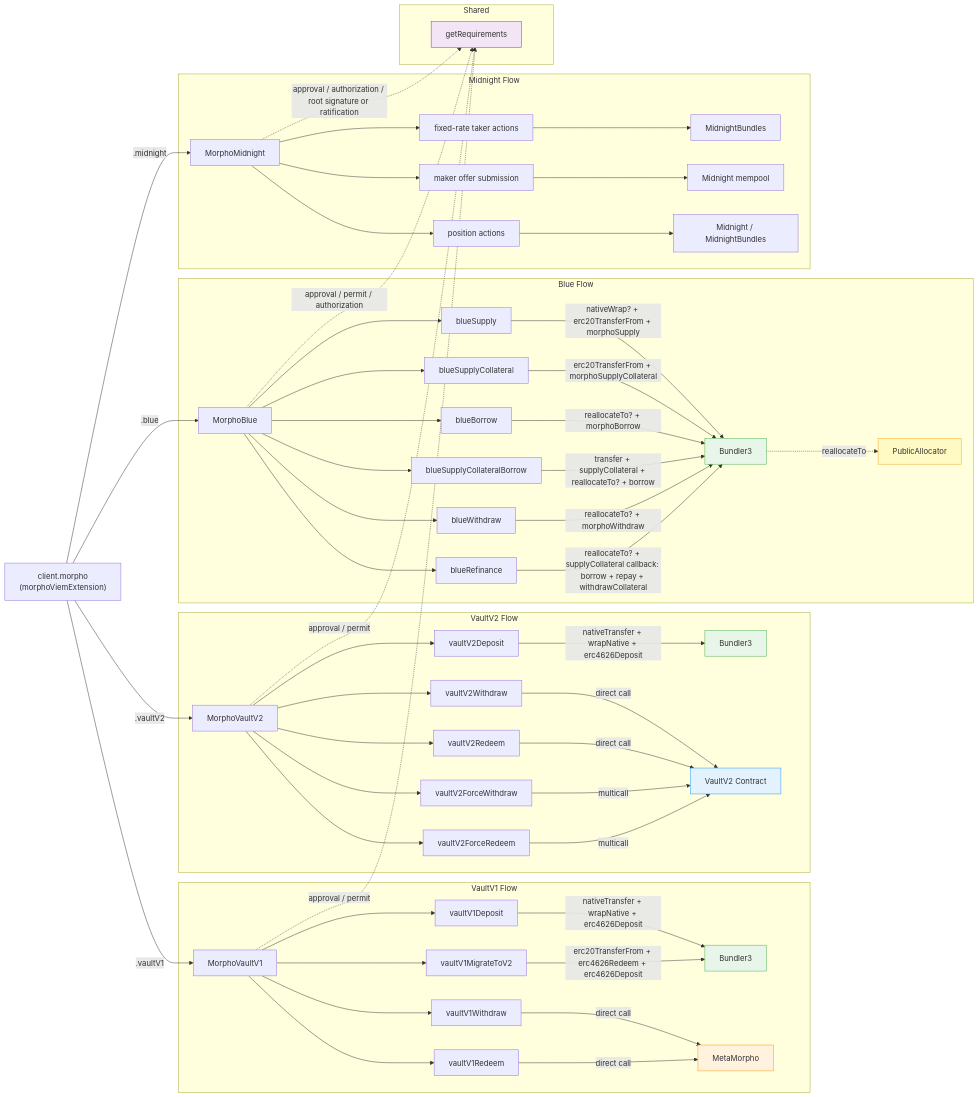
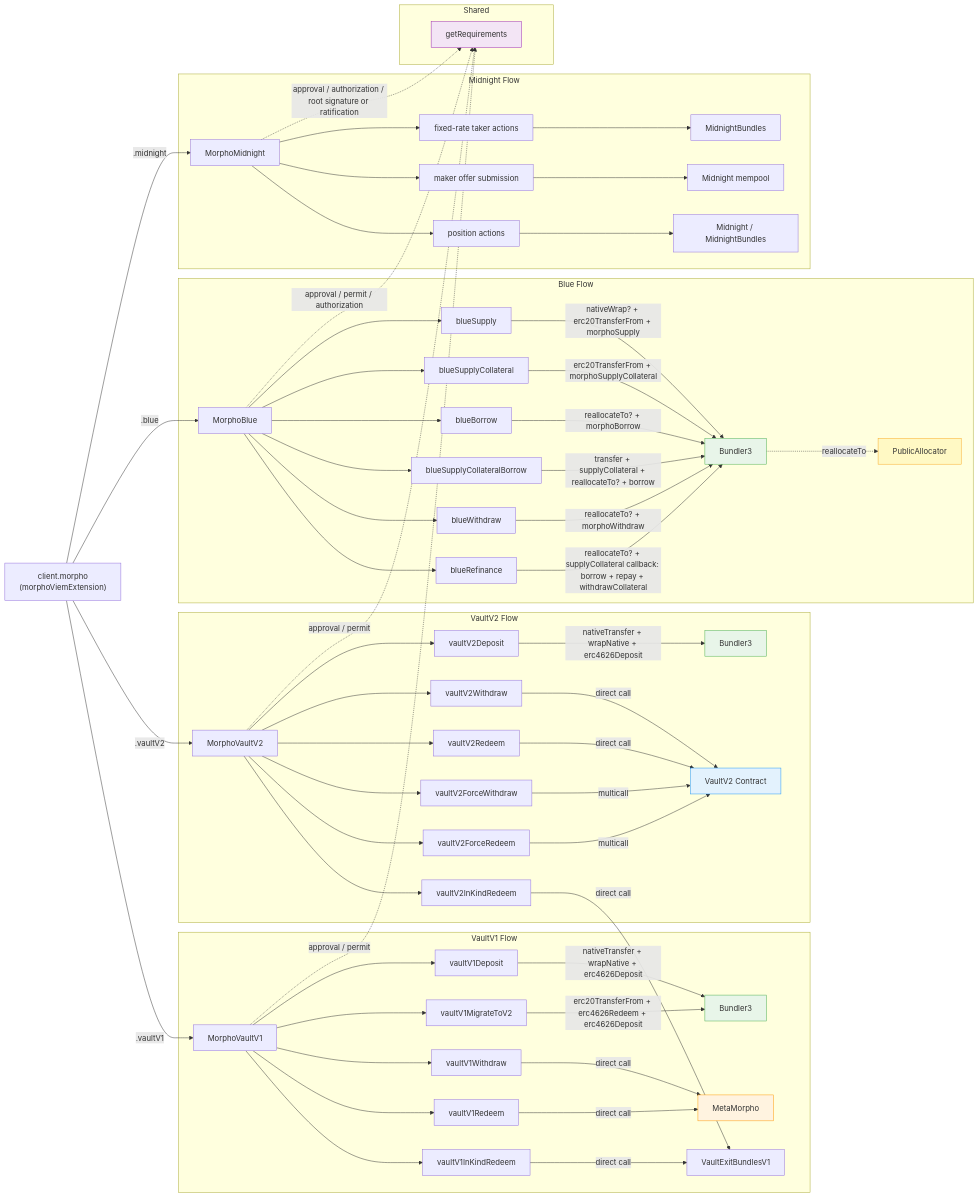
One commit to morpho-org/sdks changed the diagram in packages/morpho-sdk/README.md. Above: the diagram before and after it, drawn with Mermaid. The commit also changed other lines of this file and 29 other files, not shown here.

Commit message:
feat(morpho-sdk): add vault in-kind redemption

```diff
--- a/packages/morpho-sdk/README.md
+++ b/packages/morpho-sdk/README.md
@@ -186,11 +188,13 @@
         MV1 --> V1D[vaultV1Deposit]
         MV1 --> V1W[vaultV1Withdraw]
         MV1 --> V1R[vaultV1Redeem]
+        MV1 --> V1IKR[vaultV1InKindRedeem]
         MV1 --> V1M[vaultV1MigrateToV2]
 
         V1D -->|nativeTransfer + wrapNative + erc4626Deposit| B1[Bundler3]
         V1W -->|direct call| MM[MetaMorpho]
         V1R -->|direct call| MM
+        V1IKR -->|direct call| VEB[VaultExitBundlesV1]
         V1M -->|erc20TransferFrom + erc4626Redeem + erc4626Deposit| B1
     end
 
@@ -199,12 +203,14 @@
         MV2 --> V2D[vaultV2Deposit]
         MV2 --> V2W[vaultV2Withdraw]
         MV2 --> V2R[vaultV2Redeem]
+        MV2 --> V2IKR[vaultV2InKindRedeem]
         MV2 --> V2FW[vaultV2ForceWithdraw]
         MV2 --> V2FR[vaultV2ForceRedeem]
 
         V2D -->|nativeTransfer + wrapNative + erc4626Deposit| B2[Bundler3]
         V2W -->|direct call| V2C[VaultV2 Contract]
         V2R -->|direct call| V2C
+        V2IKR -->|direct call| VEB
         V2FW -->|multicall| V2C
         V2FR -->|multicall| V2C
     end
```
